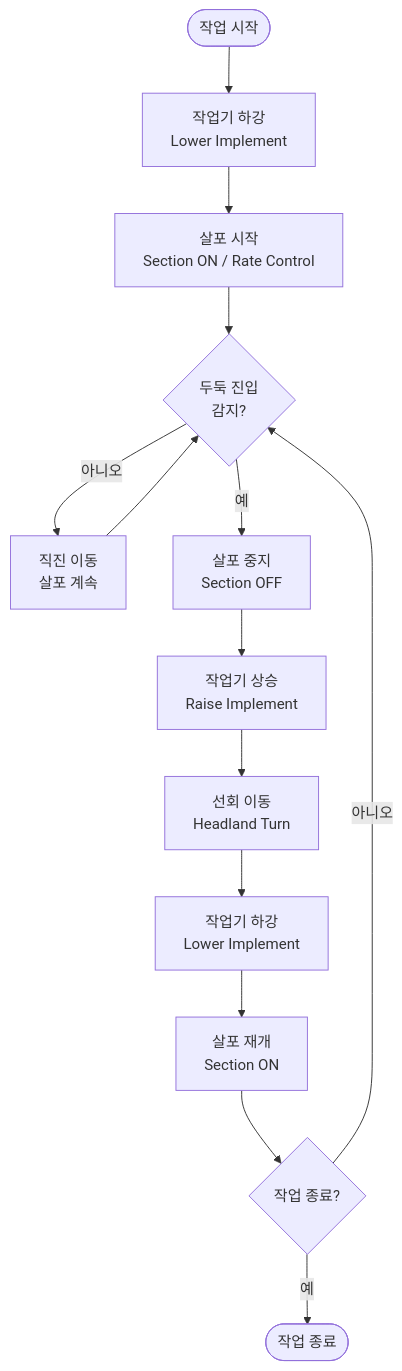
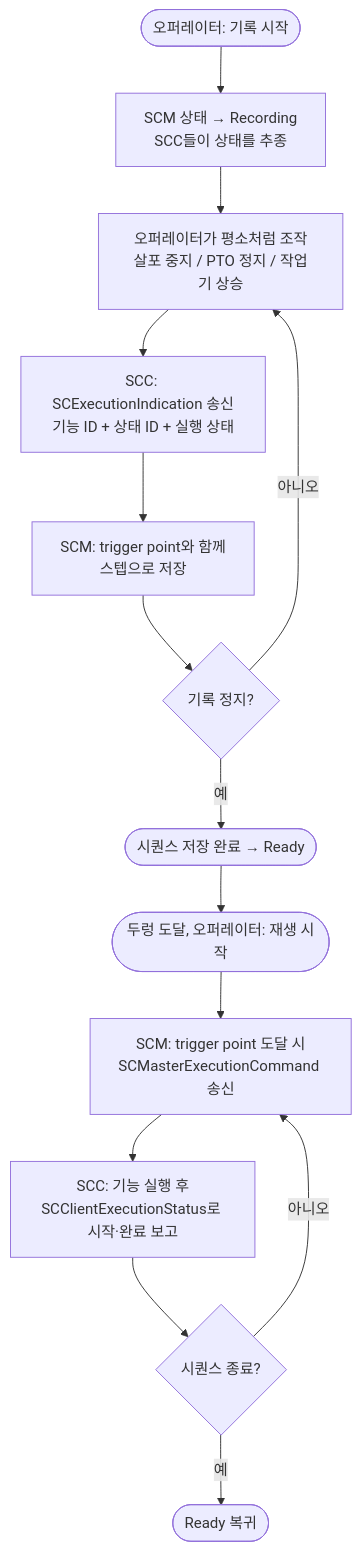
The first of 4 diagrams in docs/_study/isobus/21-isobus-misc.md (hobeen-kim/hobeen-kim.github.io), drawn with Mermaid before and after one commit. The commit also changed other lines of this file and 18 other files, not shown here.

````diff
--- a/docs/_study/isobus/21-isobus-misc.md
+++ b/docs/_study/isobus/21-isobus-misc.md
@@ -31,16 +40,16 @@
 ```mermaid
 flowchart TD
-    A([작업 시작]) --> B[작업기 하강<br>Lower Implement]
-    B --> C[살포 시작<br>Section ON / Rate Control]
-    C --> D{두둑 진입<br>감지?}
-    D -- 아니오 --> E[직진 이동<br>살포 계속]
-    E --> D
-    D -- 예 --> F[살포 중지<br>Section OFF]
-    F --> G[작업기 상승<br>Raise Implement]
-    G --> H[선회 이동<br>Headland Turn]
-    H --> I[작업기 하강<br>Lower Implement]
-    I --> J[살포 재개<br>Section ON]
-    J --> K{작업 종료?}
-    K -- 아니오 --> D
-    K -- 예 --> L([작업 종료])
+    A([오퍼레이터: 기록 시작]) --> B[SCM 상태 → Recording<br>SCC들이 상태를 추종]
+    B --> C[오퍼레이터가 평소처럼 조작<br>살포 중지 / PTO 정지 / 작업기 상승]
+    C --> D[SCC: SCExecutionIndication 송신<br>기능 ID + 상태 ID + 실행 상태]
+    D --> E[SCM: trigger point와 함께<br>스텝으로 저장]
+    E --> F{기록 정지?}
+    F -- 아니오 --> C
+    F -- 예 --> G([시퀀스 저장 완료 → Ready])
+    G --> H([두렁 도달, 오퍼레이터: 재생 시작])
+    H --> I[SCM: trigger point 도달 시<br>SCMasterExecutionCommand 송신]
+    I --> J[SCC: 기능 실행 후<br>SCClientExecutionStatus로 시작·완료 보고]
+    J --> K{시퀀스 종료?}
+    K -- 아니오 --> I
+    K -- 예 --> L([Ready 복귀])
 ```
````
